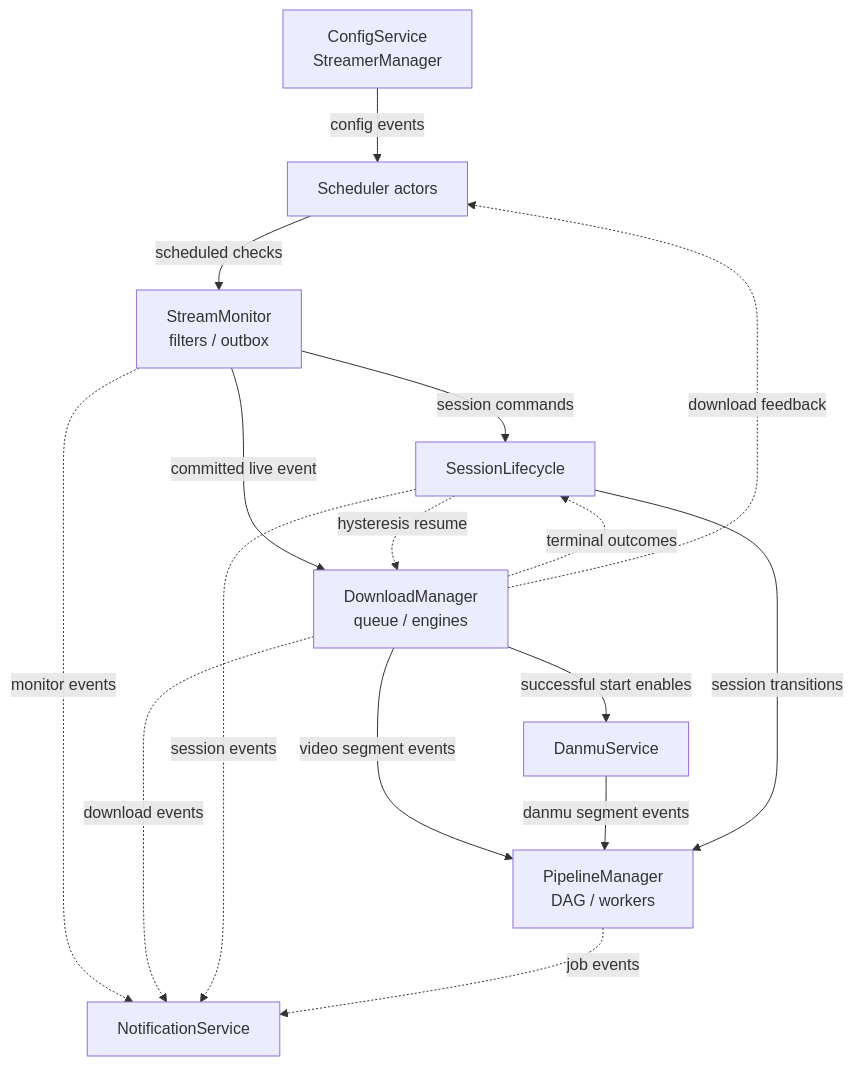
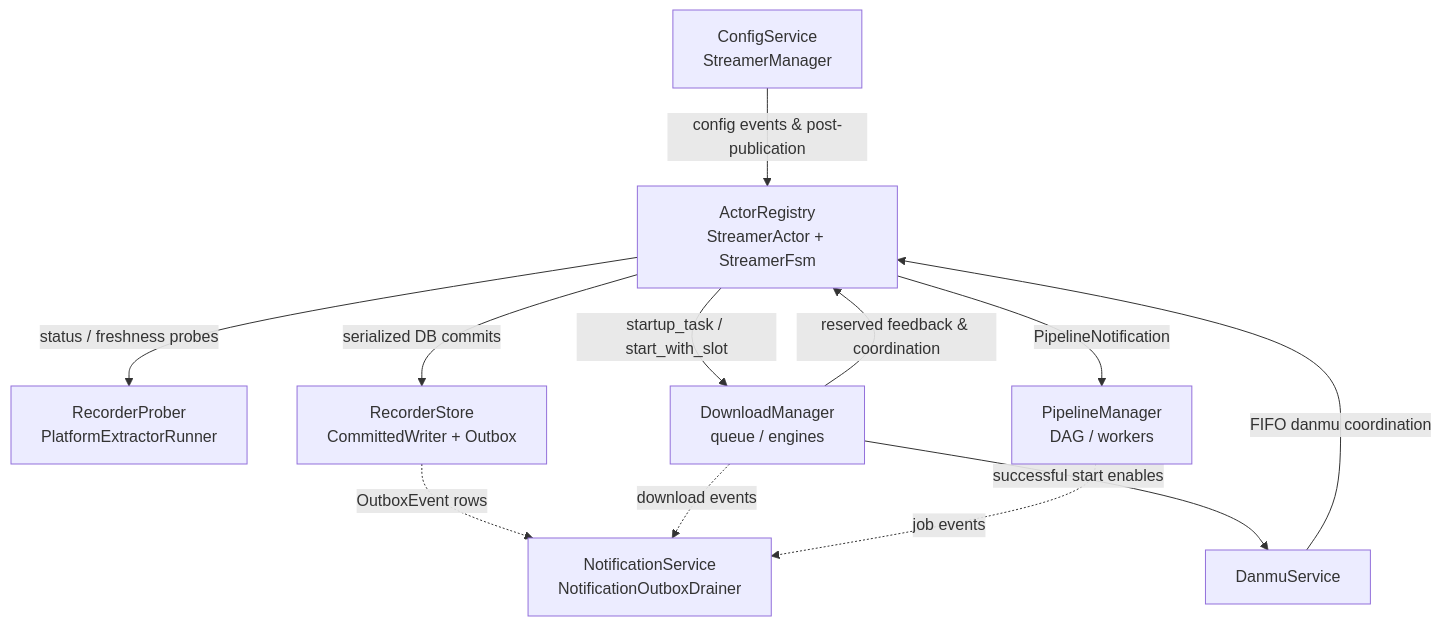
Before and after one commit to hua0512/rust-srec: the second of 4 diagrams in rust-srec/docs/en/development/architecture.md, drawn with Mermaid. The commit also changed other lines of this file and 38 other files, not shown here.

First line of the commit message:
refactor(recorder,docs): remove unused MonitorEvent and clean up legacy references

````diff
--- a/rust-srec/docs/en/development/architecture.md
+++ b/rust-srec/docs/en/development/architecture.md
@@ -40,28 +48,24 @@
 ```mermaid
 flowchart TB
   CFG["ConfigService<br/>StreamerManager"]
-  SCH["Scheduler actors"]
-  MON["StreamMonitor<br/>filters / outbox"]
-  SESS["SessionLifecycle"]
+  REG["ActorRegistry<br/>StreamerActor + StreamerFsm"]
+  PRB["RecorderProber<br/>PlatformExtractorRunner"]
+  STO["RecorderStore<br/>CommittedWriter + Outbox"]
   DL["DownloadManager<br/>queue / engines"]
   DM["DanmuService"]
   PL["PipelineManager<br/>DAG / workers"]
-  NOTI["NotificationService"]
+  NOTI["NotificationService<br/>NotificationOutboxDrainer"]
 
-  CFG -->|"config events"| SCH
-  SCH -->|"scheduled checks"| MON
-  MON -->|"session commands"| SESS
-  MON -->|"committed live event"| DL
+  CFG -->|"config events &amp; post-publication"| REG
+  REG -->|"status / freshness probes"| PRB
+  REG -->|"serialized DB commits"| STO
+  STO -.->|"OutboxEvent rows"| NOTI
+  REG -->|"startup_task / start_with_slot"| DL
   DL -->|"successful start enables"| DM
-  DL -->|"video segment events"| PL
-  DM -->|"danmu segment events"| PL
-  SESS -->|"session transitions"| PL
-  SESS -.->|"hysteresis resume"| DL
-  DL -.->|"terminal outcomes"| SESS
-  DL -.->|"download feedback"| SCH
+  DL -->|"reserved feedback &amp; coordination"| REG
+  DM -->|"FIFO danmu coordination"| REG
+  REG -->|"PipelineNotification"| PL
 
-  MON -.->|"monitor events"| NOTI
   DL -.->|"download events"| NOTI
-  SESS -.->|"session events"| NOTI
   PL -.->|"job events"| NOTI
 ```
````
